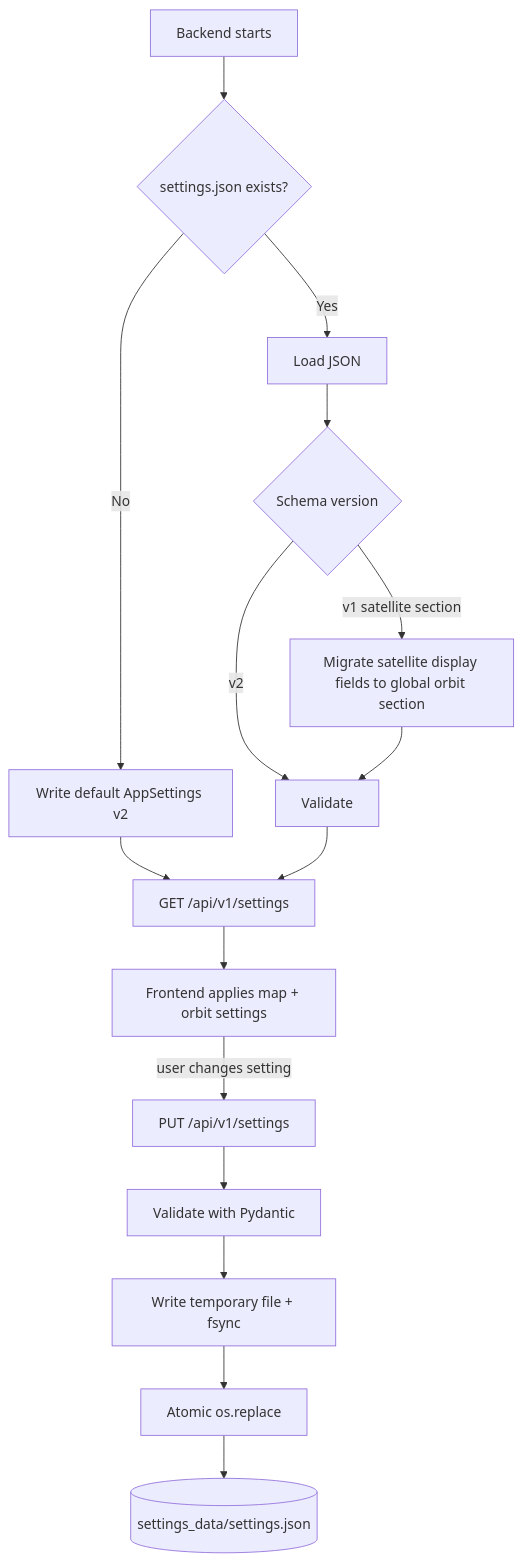
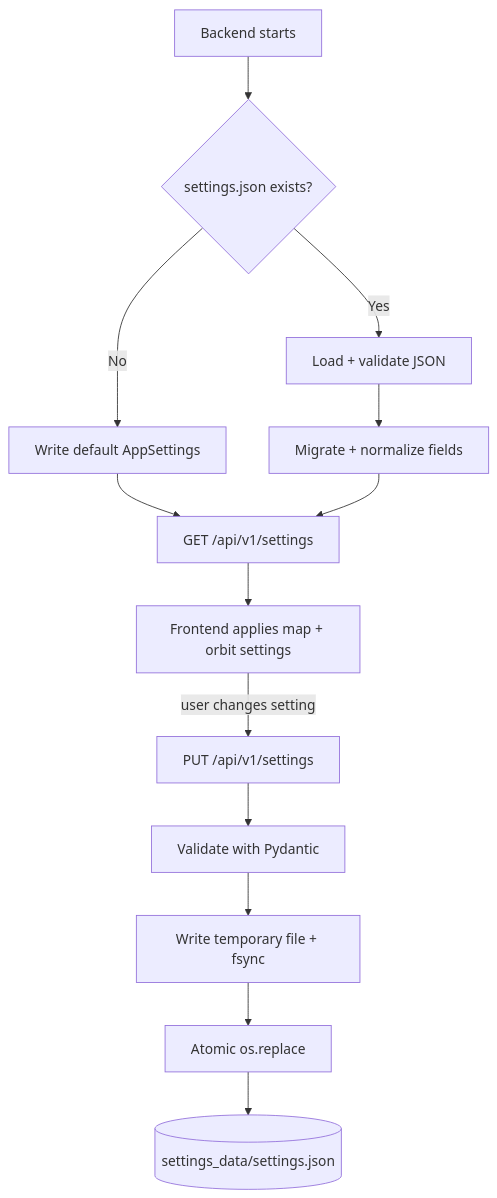
Before and after one commit to ExoSpaceLabs/world-sat-monitor: the fifth of 6 diagrams in docs/architecture.md, drawn with Mermaid. The commit also changed other lines of this file, not shown here.

Commit message:
docs(world-sat-monitor): document globe-space orbit rendering

````diff
--- a/docs/architecture.md
+++ b/docs/architecture.md
@@ -99,18 +103,15 @@
 ```mermaid
 flowchart TD
     A[Backend starts] --> B{settings.json exists?}
-    B -->|No| C[Write default AppSettings v2]
-    B -->|Yes| D[Load JSON]
-    D --> M{Schema version}
-    M -->|v1 satellite section| V2[Migrate satellite display fields to global orbit section]
-    M -->|v2| V[Validate]
-    V2 --> V
+    B -->|No| C[Write default AppSettings]
+    B -->|Yes| D[Load + validate JSON]
+    D --> E[Migrate + normalize fields]
     C --> F[GET /api/v1/settings]
-    V --> F
+    E --> F
     F --> UI[Frontend applies map + orbit settings]
     UI -->|user changes setting| PUT[PUT /api/v1/settings]
-    PUT --> PV[Validate with Pydantic]
-    PV --> T[Write temporary file + fsync]
+    PUT --> V[Validate with Pydantic]
+    V --> T[Write temporary file + fsync]
     T --> R[Atomic os.replace]
     R --> J[(settings_data/settings.json)]
 ```
````
